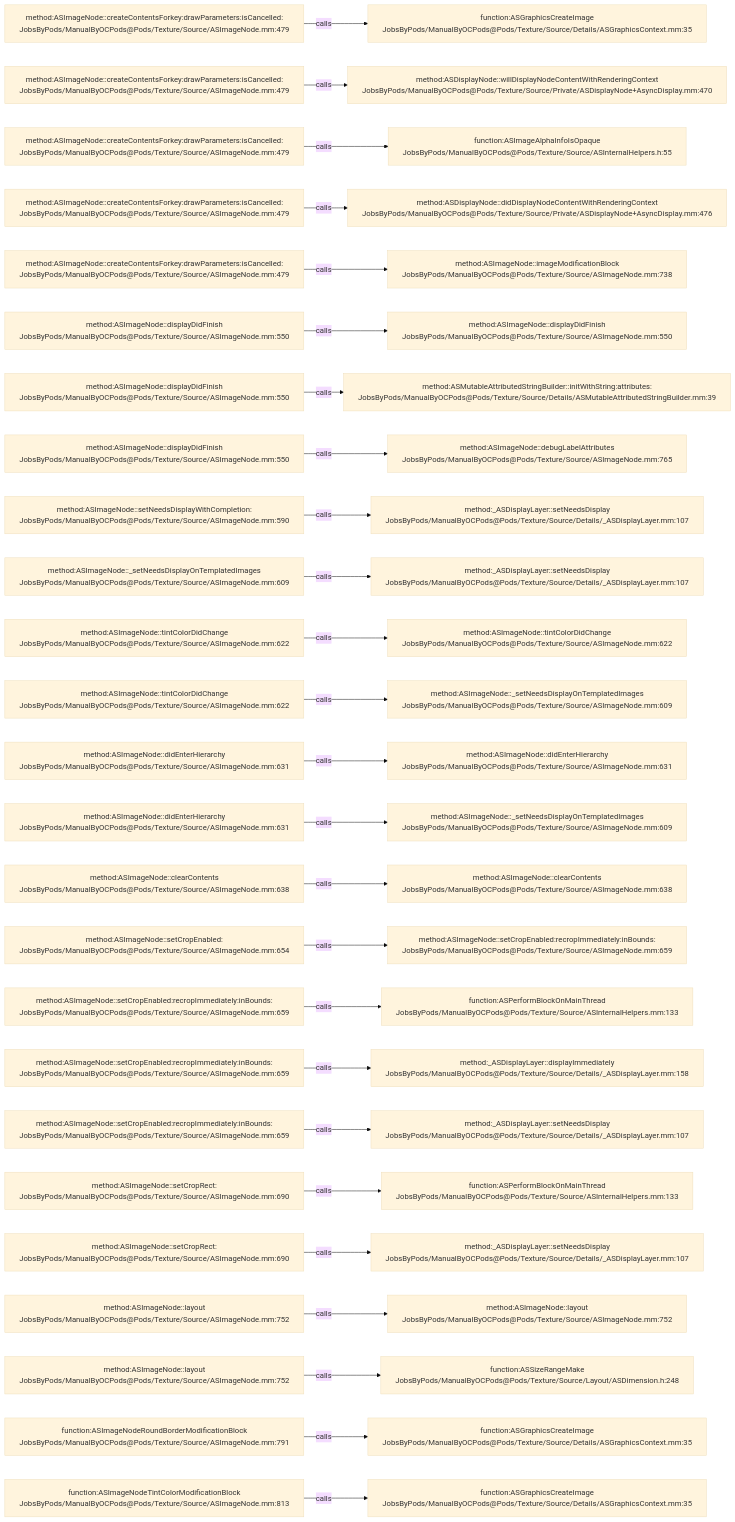
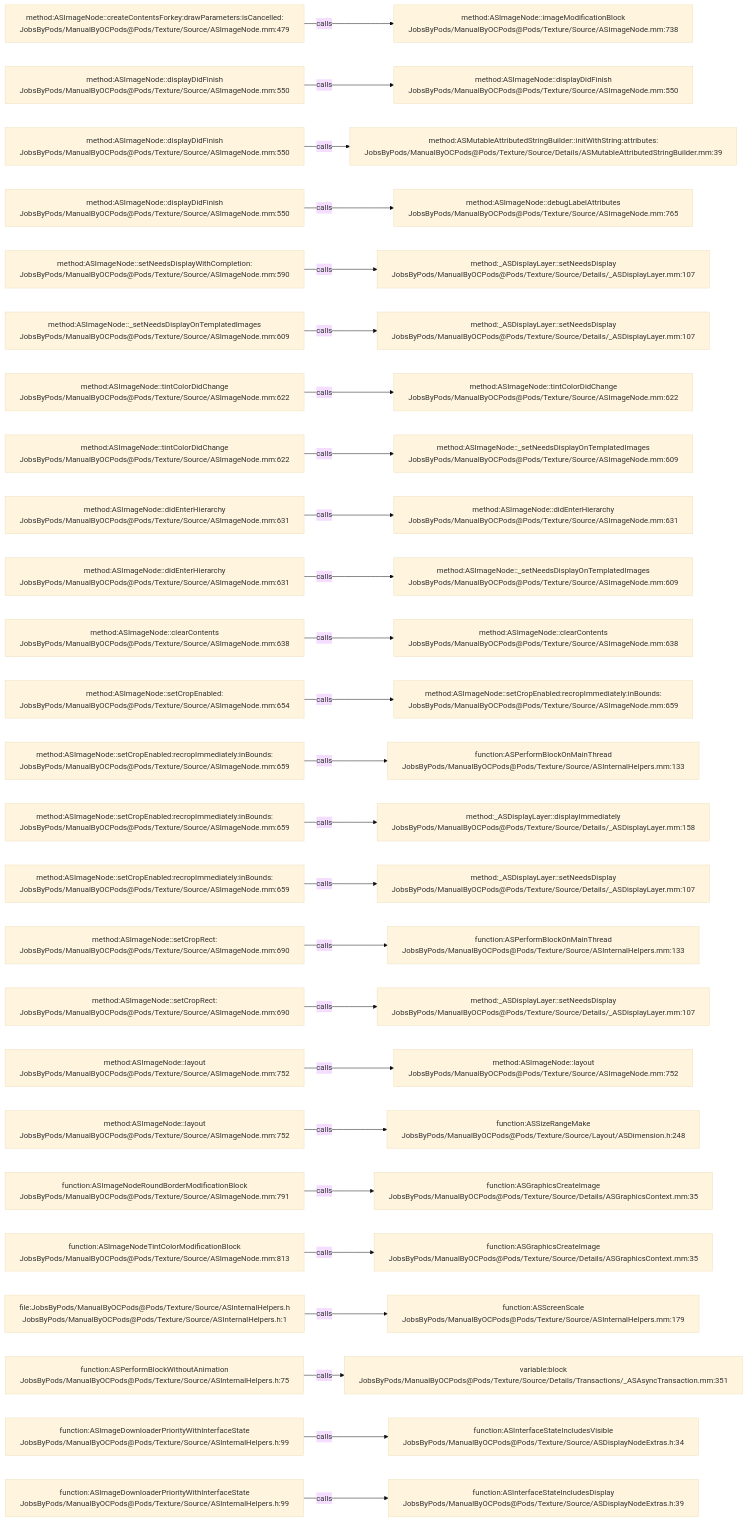
The diagram in .codegraph/codegraph.md/graphs/calls-108.md (JobsKits/JobsOCBaseConfigDemo), drawn with Mermaid (base theme) before and after one commit. The commit also changed 727 other files, not shown here.

````diff
--- a/.codegraph/codegraph.md/graphs/calls-108.md
+++ b/.codegraph/codegraph.md/graphs/calls-108.md
@@ -13,78 +13,78 @@
 ```mermaid
 flowchart LR
   S1["method:ASImageNode::createContentsForkey:drawParameters:isCancelled:<br/>JobsByPods/ManualByOCPods@Pods/Texture/Source/ASImageNode.mm:479"]
-  T1["function:ASGraphicsCreateImage<br/>JobsByPods/ManualByOCPods@Pods/Texture/Source/Details/ASGraphicsContext.mm:35"]
+  T1["method:ASImageNode::imageModificationBlock<br/>JobsByPods/ManualByOCPods@Pods/Texture/Source/ASImageNode.mm:738"]
   S1 -->|calls| T1
-  S2["method:ASImageNode::createContentsForkey:drawParameters:isCancelled:<br/>JobsByPods/ManualByOCPods@Pods/Texture/Source/ASImageNode.mm:479"]
-  T2["method:ASDisplayNode::willDisplayNodeContentWithRenderingContext<br/>JobsByPods/ManualByOCPods@Pods/Texture/Source/Private/ASDisplayNode+AsyncDisplay.mm:470"]
+  S2["method:ASImageNode::displayDidFinish<br/>JobsByPods/ManualByOCPods@Pods/Texture/Source/ASImageNode.mm:550"]
+  T2["method:ASImageNode::displayDidFinish<br/>JobsByPods/ManualByOCPods@Pods/Texture/Source/ASImageNode.mm:550"]
   S2 -->|calls| T2
-  S3["method:ASImageNode::createContentsForkey:drawParameters:isCancelled:<br/>JobsByPods/ManualByOCPods@Pods/Texture/Source/ASImageNode.mm:479"]
-  T3["function:ASImageAlphaInfoIsOpaque<br/>JobsByPods/ManualByOCPods@Pods/Texture/Source/ASInternalHelpers.h:55"]
+  S3["method:ASImageNode::displayDidFinish<br/>JobsByPods/ManualByOCPods@Pods/Texture/Source/ASImageNode.mm:550"]
+  T3["method:ASMutableAttributedStringBuilder::initWithString:attributes:<br/>JobsByPods/ManualByOCPods@Pods/Texture/Source/Details/ASMutableAttributedStringBuilder.mm:39"]
   S3 -->|calls| T3
-  S4["method:ASImageNode::createContentsForkey:drawParameters:isCancelled:<br/>JobsByPods/ManualByOCPods@Pods/Texture/Source/ASImageNode.mm:479"]
-  T4["method:ASDisplayNode::didDisplayNodeContentWithRenderingContext<br/>JobsByPods/ManualByOCPods@Pods/Texture/Source/Private/ASDisplayNode+AsyncDisplay.mm:476"]
+  S4["method:ASImageNode::displayDidFinish<br/>JobsByPods/ManualByOCPods@Pods/Texture/Source/ASImageNode.mm:550"]
+  T4["method:ASImageNode::debugLabelAttributes<br/>JobsByPods/ManualByOCPods@Pods/Texture/Source/ASImageNode.mm:765"]
   S4 -->|calls| T4
-  S5["method:ASImageNode::createContentsForkey:drawParameters:isCancelled:<br/>JobsByPods/ManualByOCPods@Pods/Texture/Source/ASImageNode.mm:479"]
-  T5["method:ASImageNode::imageModificationBlock<br/>JobsByPods/ManualByOCPods@Pods/Texture/Source/ASImageNode.mm:738"]
+  S5["method:ASImageNode::setNeedsDisplayWithCompletion:<br/>JobsByPods/ManualByOCPods@Pods/Texture/Source/ASImageNode.mm:590"]
+  T5["method:_ASDisplayLayer::setNeedsDisplay<br/>JobsByPods/ManualByOCPods@Pods/Texture/Source/Details/_ASDisplayLayer.mm:107"]
   S5 -->|calls| T5
-  S6["method:ASImageNode::displayDidFinish<br/>JobsByPods/ManualByOCPods@Pods/Texture/Source/ASImageNode.mm:550"]
-  T6["method:ASImageNode::displayDidFinish<br/>JobsByPods/ManualByOCPods@Pods/Texture/Source/ASImageNode.mm:550"]
+  S6["method:ASImageNode::_setNeedsDisplayOnTemplatedImages<br/>JobsByPods/ManualByOCPods@Pods/Texture/Source/ASImageNode.mm:609"]
+  T6["method:_ASDisplayLayer::setNeedsDisplay<br/>JobsByPods/ManualByOCPods@Pods/Texture/Source/Details/_ASDisplayLayer.mm:107"]
   S6 -->|calls| T6
-  S7["method:ASImageNode::displayDidFinish<br/>JobsByPods/ManualByOCPods@Pods/Texture/Source/ASImageNode.mm:550"]
-  T7["method:ASMutableAttributedStringBuilder::initWithString:attributes:<br/>JobsByPods/ManualByOCPods@Pods/Texture/Source/Details/ASMutableAttributedStringBuilder.mm:39"]
+  S7["method:ASImageNode::tintColorDidChange<br/>JobsByPods/ManualByOCPods@Pods/Texture/Source/ASImageNode.mm:622"]
+  T7["method:ASImageNode::tintColorDidChange<br/>JobsByPods/ManualByOCPods@Pods/Texture/Source/ASImageNode.mm:622"]
   S7 -->|calls| T7
-  S8["method:ASImageNode::displayDidFinish<br/>JobsByPods/ManualByOCPods@Pods/Texture/Source/ASImageNode.mm:550"]
-  T8["method:ASImageNode::debugLabelAttributes<br/>JobsByPods/ManualByOCPods@Pods/Texture/Source/ASImageNode.mm:765"]
+  S8["method:ASImageNode::tintColorDidChange<br/>JobsByPods/ManualByOCPods@Pods/Texture/Source/ASImageNode.mm:622"]
+  T8["method:ASImageNode::_setNeedsDisplayOnTemplatedImages<br/>JobsByPods/ManualByOCPods@Pods/Texture/Source/ASImageNode.mm:609"]
   S8 -->|calls| T8
-  S9["method:ASImageNode::setNeedsDisplayWithCompletion:<br/>JobsByPods/ManualByOCPods@Pods/Texture/Source/ASImageNode.mm:590"]
-  T9["method:_ASDisplayLayer::setNeedsDisplay<br/>JobsByPods/ManualByOCPods@Pods/Texture/Source/Details/_ASDisplayLayer.mm:107"]
+  S9["method:ASImageNode::didEnterHierarchy<br/>JobsByPods/ManualByOCPods@Pods/Texture/Source/ASImageNode.mm:631"]
+  T9["method:ASImageNode::didEnterHierarchy<br/>JobsByPods/ManualByOCPods@Pods/Texture/Source/ASImageNode.mm:631"]
   S9 -->|calls| T9
-  S10["method:ASImageNode::_setNeedsDisplayOnTemplatedImages<br/>JobsByPods/ManualByOCPods@Pods/Texture/Source/ASImageNode.mm:609"]
-  T10["method:_ASDisplayLayer::setNeedsDisplay<br/>JobsByPods/ManualByOCPods@Pods/Texture/Source/Details/_ASDisplayLayer.mm:107"]
+  S10["method:ASImageNode::didEnterHierarchy<br/>JobsByPods/ManualByOCPods@Pods/Texture/Source/ASImageNode.mm:631"]
+  T10["method:ASImageNode::_setNeedsDisplayOnTemplatedImages<br/>JobsByPods/ManualByOCPods@Pods/Texture/Source/ASImageNode.mm:609"]
   S10 -->|calls| T10
-  S11["method:ASImageNode::tintColorDidChange<br/>JobsByPods/ManualByOCPods@Pods/Texture/Source/ASImageNode.mm:622"]
-  T11["method:ASImageNode::tintColorDidChange<br/>JobsByPods/ManualByOCPods@Pods/Texture/Source/ASImageNode.mm:622"]
+  S11["method:ASImageNode::clearContents<br/>JobsByPods/ManualByOCPods@Pods/Texture/Source/ASImageNode.mm:638"]
+  T11["method:ASImageNode::clearContents<br/>JobsByPods/ManualByOCPods@Pods/Texture/Source/ASImageNode.mm:638"]
   S11 -->|calls| T11
-  S12["method:ASImageNode::tintColorDidChange<br/>JobsByPods/ManualByOCPods@Pods/Texture/Source/ASImageNode.mm:622"]
-  T12["method:ASImageNode::_setNeedsDisplayOnTemplatedImages<br/>JobsByPods/ManualByOCPods@Pods/Texture/Source/ASImageNode.mm:609"]
+  S12["method:ASImageNode::setCropEnabled:<br/>JobsByPods/ManualByOCPods@Pods/Texture/Source/ASImageNode.mm:654"]
+  T12["method:ASImageNode::setCropEnabled:recropImmediately:inBounds:<br/>JobsByPods/ManualByOCPods@Pods/Texture/Source/ASImageNode.mm:659"]
   S12 -->|calls| T12
-  S13["method:ASImageNode::didEnterHierarchy<br/>JobsByPods/ManualByOCPods@Pods/Texture/Source/ASImageNode.mm:631"]
-  T13["method:ASImageNode::didEnterHierarchy<br/>JobsByPods/ManualByOCPods@Pods/Texture/Source/ASImageNode.mm:631"]
+  S13["method:ASImageNode::setCropEnabled:recropImmediately:inBounds:<br/>JobsByPods/ManualByOCPods@Pods/Texture/Source/ASImageNode.mm:659"]
+  T13["function:ASPerformBlockOnMainThread<br/>JobsByPods/ManualByOCPods@Pods/Texture/Source/ASInternalHelpers.mm:133"]
   S13 -->|calls| T13
-  S14["method:ASImageNode::didEnterHierarchy<br/>JobsByPods/ManualByOCPods@Pods/Texture/Source/ASImageNode.mm:631"]
-  T14["method:ASImageNode::_setNeedsDisplayOnTemplatedImages<br/>JobsByPods/ManualByOCPods@Pods/Texture/Source/ASImageNode.mm:609"]
+  S14["method:ASImageNode::setCropEnabled:recropImmediately:inBounds:<br/>JobsByPods/ManualByOCPods@Pods/Texture/Source/ASImageNode.mm:659"]
+  T14["method:_ASDisplayLayer::displayImmediately<br/>JobsByPods/ManualByOCPods@Pods/Texture/Source/Details/_ASDisplayLayer.mm:158"]
   S14 -->|calls| T14
-  S15["method:ASImageNode::clearContents<br/>JobsByPods/ManualByOCPods@Pods/Texture/Source/ASImageNode.mm:638"]
-  T15["method:ASImageNode::clearContents<br/>JobsByPods/ManualByOCPods@Pods/Texture/Source/ASImageNode.mm:638"]
+  S15["method:ASImageNode::setCropEnabled:recropImmediately:inBounds:<br/>JobsByPods/ManualByOCPods@Pods/Texture/Source/ASImageNode.mm:659"]
+  T15["method:_ASDisplayLayer::setNeedsDisplay<br/>JobsByPods/ManualByOCPods@Pods/Texture/Source/Details/_ASDisplayLayer.mm:107"]
   S15 -->|calls| T15
-  S16["method:ASImageNode::setCropEnabled:<br/>JobsByPods/ManualByOCPods@Pods/Texture/Source/ASImageNode.mm:654"]
-  T16["method:ASImageNode::setCropEnabled:recropImmediately:inBounds:<br/>JobsByPods/ManualByOCPods@Pods/Texture/Source/ASImageNode.mm:659"]
+  S16["method:ASImageNode::setCropRect:<br/>JobsByPods/ManualByOCPods@Pods/Texture/Source/ASImageNode.mm:690"]
+  T16["function:ASPerformBlockOnMainThread<br/>JobsByPods/ManualByOCPods@Pods/Texture/Source/ASInternalHelpers.mm:133"]
   S16 -->|calls| T16
-  S17["method:ASImageNode::setCropEnabled:recropImmediately:inBounds:<br/>JobsByPods/ManualByOCPods@Pods/Texture/Source/ASImageNode.mm:659"]
-  T17["function:ASPerformBlockOnMainThread<br/>JobsByPods/ManualByOCPods@Pods/Texture/Source/ASInternalHelpers.mm:133"]
+  S17["method:ASImageNode::setCropRect:<br/>JobsByPods/ManualByOCPods@Pods/Texture/Source/ASImageNode.mm:690"]
+  T17["method:_ASDisplayLayer::setNeedsDisplay<br/>JobsByPods/ManualByOCPods@Pods/Texture/Source/Details/_ASDisplayLayer.mm:107"]
   S17 -->|calls| T17
-  S18["method:ASImageNode::setCropEnabled:recropImmediately:inBounds:<br/>JobsByPods/ManualByOCPods@Pods/Texture/Source/ASImageNode.mm:659"]
-  T18["method:_ASDisplayLayer::displayImmediately<br/>JobsByPods/ManualByOCPods@Pods/Texture/Source/Details/_ASDisplayLayer.mm:158"]
+  S18["method:ASImageNode::layout<br/>JobsByPods/ManualByOCPods@Pods/Texture/Source/ASImageNode.mm:752"]
+  T18["method:ASImageNode::layout<br/>JobsByPods/ManualByOCPods@Pods/Texture/Source/ASImageNode.mm:752"]
   S18 -->|calls| T18
-  S19["method:ASImageNode::setCropEnabled:recropImmediately:inBounds:<br/>JobsByPods/ManualByOCPods@Pods/Texture/Source/ASImageNode.mm:659"]
-  T19["method:_ASDisplayLayer::setNeedsDisplay<br/>JobsByPods/ManualByOCPods@Pods/Texture/Source/Details/_ASDisplayLayer.mm:107"]
+  S19["method:ASImageNode::layout<br/>JobsByPods/ManualByOCPods@Pods/Texture/Source/ASImageNode.mm:752"]
+  T19["function:ASSizeRangeMake<br/>JobsByPods/ManualByOCPods@Pods/Texture/Source/Layout/ASDimension.h:248"]
   S19 -->|calls| T19
-  S20["method:ASImageNode::setCropRect:<br/>JobsByPods/ManualByOCPods@Pods/Texture/Source/ASImageNode.mm:690"]
-  T20["function:ASPerformBlockOnMainThread<br/>JobsByPods/ManualByOCPods@Pods/Texture/Source/ASInternalHelpers.mm:133"]
+  S20["function:ASImageNodeRoundBorderModificationBlock<br/>JobsByPods/ManualByOCPods@Pods/Texture/Source/ASImageNode.mm:791"]
+  T20["function:ASGraphicsCreateImage<br/>JobsByPods/ManualByOCPods@Pods/Texture/Source/Details/ASGraphicsContext.mm:35"]
   S20 -->|calls| T20
-  S21["method:ASImageNode::setCropRect:<br/>JobsByPods/ManualByOCPods@Pods/Texture/Source/ASImageNode.mm:690"]
-  T21["method:_ASDisplayLayer::setNeedsDisplay<br/>JobsByPods/ManualByOCPods@Pods/Texture/Source/Details/_ASDisplayLayer.mm:107"]
+  S21["function:ASImageNodeTintColorModificationBlock<br/>JobsByPods/ManualByOCPods@Pods/Texture/Source/ASImageNode.mm:813"]
+  T21["function:ASGraphicsCreateImage<br/>JobsByPods/ManualByOCPods@Pods/Texture/Source/Details/ASGraphicsContext.mm:35"]
   S21 -->|calls| T21
-  S22["method:ASImageNode::layout<br/>JobsByPods/ManualByOCPods@Pods/Texture/Source/ASImageNode.mm:752"]
-  T22["method:ASImageNode::layout<br/>JobsByPods/ManualByOCPods@Pods/Texture/Source/ASImageNode.mm:752"]
+  S22["file:JobsByPods/ManualByOCPods@Pods/Texture/Source/ASInternalHelpers.h<br/>JobsByPods/ManualByOCPods@Pods/Texture/Source/ASInternalHelpers.h:1"]
+  T22["function:ASScreenScale<br/>JobsByPods/ManualByOCPods@Pods/Texture/Source/ASInternalHelpers.mm:179"]
   S22 -->|calls| T22
-  S23["method:ASImageNode::layout<br/>JobsByPods/ManualByOCPods@Pods/Texture/Source/ASImageNode.mm:752"]
-  T23["function:ASSizeRangeMake<br/>JobsByPods/ManualByOCPods@Pods/Texture/Source/Layout/ASDimension.h:248"]
+  S23["function:ASPerformBlockWithoutAnimation<br/>JobsByPods/ManualByOCPods@Pods/Texture/Source/ASInternalHelpers.h:75"]
+  T23["variable:block<br/>JobsByPods/ManualByOCPods@Pods/Texture/Source/Details/Transactions/_ASAsyncTransaction.mm:351"]
   S23 -->|calls| T23
-  S24["function:ASImageNodeRoundBorderModificationBlock<br/>JobsByPods/ManualByOCPods@Pods/Texture/Source/ASImageNode.mm:791"]
-  T24["function:ASGraphicsCreateImage<br/>JobsByPods/ManualByOCPods@Pods/Texture/Source/Details/ASGraphicsContext.mm:35"]
+  S24["function:ASImageDownloaderPriorityWithInterfaceState<br/>JobsByPods/ManualByOCPods@Pods/Texture/Source/ASInternalHelpers.h:99"]
+  T24["function:ASInterfaceStateIncludesVisible<br/>JobsByPods/ManualByOCPods@Pods/Texture/Source/ASDisplayNodeExtras.h:34"]
   S24 -->|calls| T24
-  S25["function:ASImageNodeTintColorModificationBlock<br/>JobsByPods/ManualByOCPods@Pods/Texture/Source/ASImageNode.mm:813"]
-  T25["function:ASGraphicsCreateImage<br/>JobsByPods/ManualByOCPods@Pods/Texture/Source/Details/ASGraphicsContext.mm:35"]
+  S25["function:ASImageDownloaderPriorityWithInterfaceState<br/>JobsByPods/ManualByOCPods@Pods/Texture/Source/ASInternalHelpers.h:99"]
+  T25["function:ASInterfaceStateIncludesDisplay<br/>JobsByPods/ManualByOCPods@Pods/Texture/Source/ASDisplayNodeExtras.h:39"]
   S25 -->|calls| T25
 ```
````
